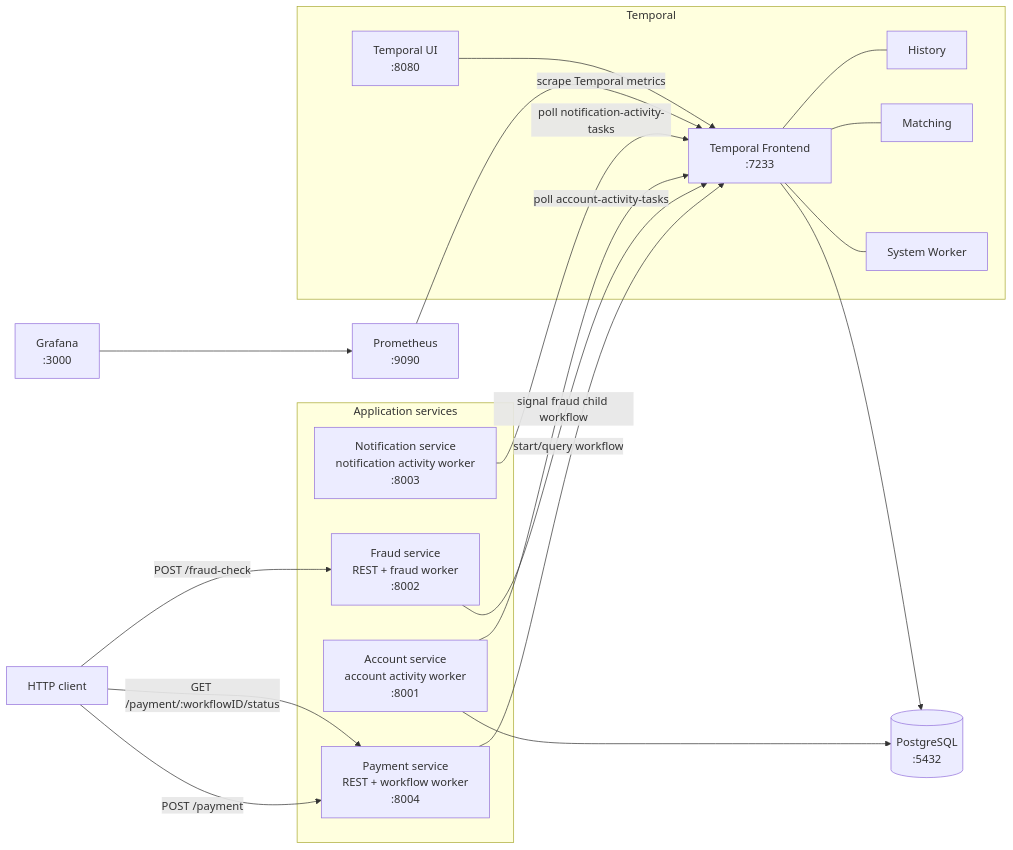
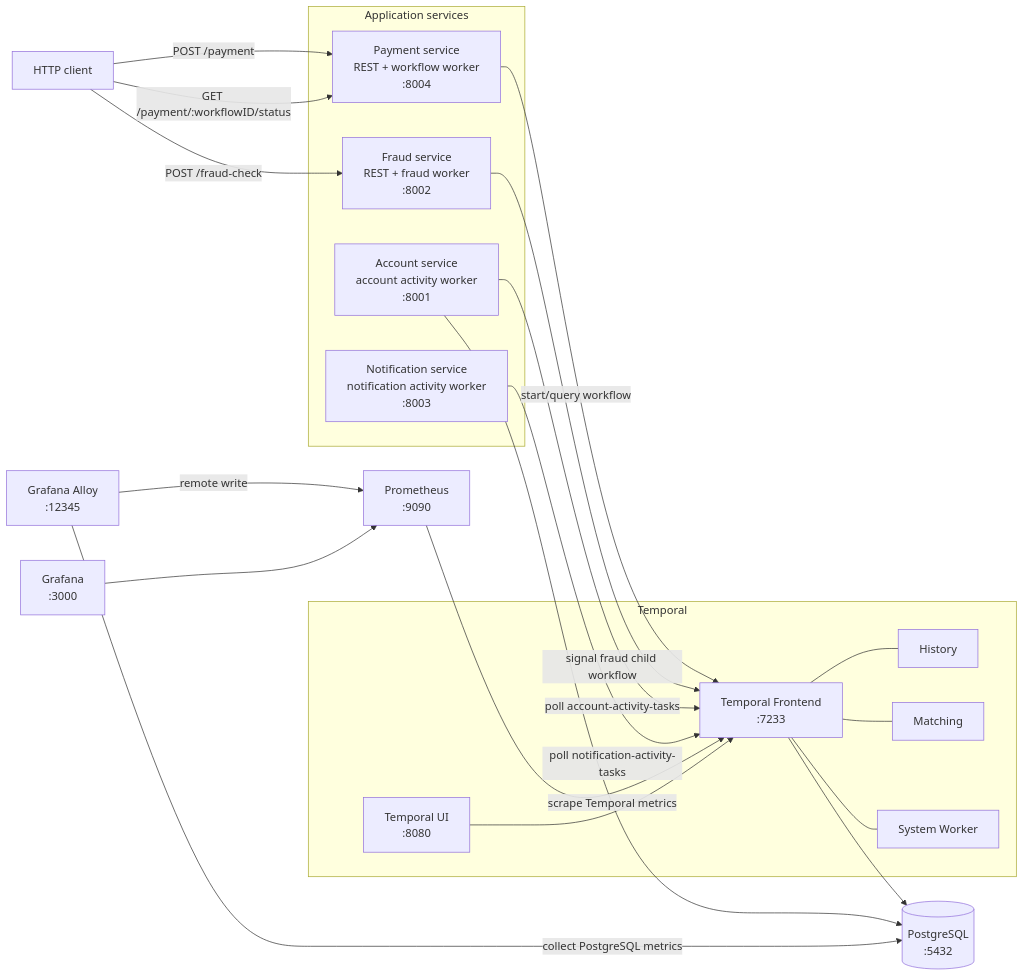
Before and after one commit to 0xRichardL/temporal-practice: the first of 3 diagrams in README.md, drawn with Mermaid. The commit also changed other lines of this file and 7 other files, not shown here.

First line of the commit message:
feat: add PostgreSQL observability and local developer tooling

````diff
--- a/README.md
+++ b/README.md
@@ -15,42 +15,45 @@
 ```mermaid
 flowchart LR
     client[HTTP client]
 
     subgraph app[Application services]
         payment[Payment service<br/>REST + workflow worker<br/>:8004]
         fraud[Fraud service<br/>REST + fraud worker<br/>:8002]
         account[Account service<br/>account activity worker<br/>:8001]
         notification[Notification service<br/>notification activity worker<br/>:8003]
     end
 
     subgraph temporal[Temporal]
         frontend[Temporal Frontend<br/>:7233]
         ui[Temporal UI<br/>:8080]
         history[History]
         matching[Matching]
         systemWorker[System Worker]
     end
 
     postgres[(PostgreSQL<br/>:5432)]
+    alloy[Grafana Alloy<br/>:12345]
     prometheus[Prometheus<br/>:9090]
     grafana[Grafana<br/>:3000]
 
     client -->|POST /payment| payment
     client -->|GET /payment/:workflowID/status| payment
     client -->|POST /fraud-check| fraud
 
     payment -->|start/query workflow| frontend
     fraud -->|signal fraud child workflow| frontend
     account -->|poll account-activity-tasks| frontend
     notification -->|poll notification-activity-tasks| frontend
 
     frontend --- history
     frontend --- matching
     frontend --- systemWorker
     frontend --> postgres
     account --> postgres
 
+    alloy -->|collect PostgreSQL metrics| postgres
+    alloy -->|remote write| prometheus
     prometheus -->|scrape Temporal metrics| frontend
     grafana --> prometheus
     ui --> frontend
 ```
````
